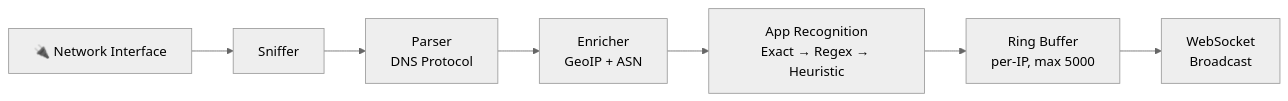
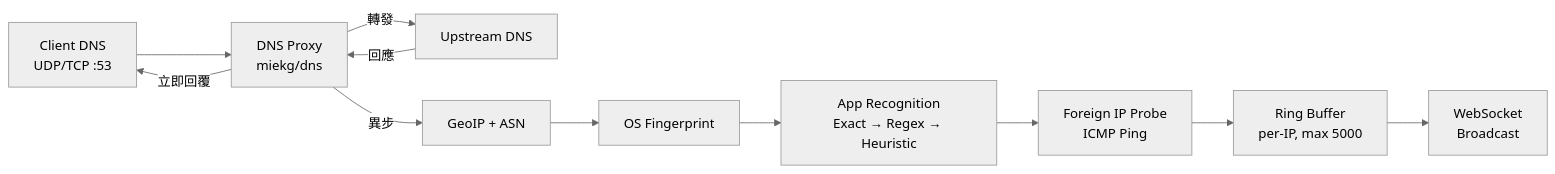
The second of 2 diagrams in doc/05_building_block_view.md (zeroflare/ocf-srrt), drawn with Mermaid (neutral theme) before and after one commit. The commit also changed other lines of this file and 46 other files, not shown here.

````diff
--- a/doc/05_building_block_view.md
+++ b/doc/05_building_block_view.md
@@ -40,10 +75,14 @@
 ```mermaid
 graph LR
-    NIC["🔌 Network Interface"]
-    NIC --> Sniffer
-    Sniffer --> Parser["Parser<br/>DNS Protocol"]
-    Parser --> Enricher["Enricher<br/>GeoIP + ASN"]
-    Enricher --> Recog["App Recognition<br/>Exact → Regex → Heuristic"]
-    Recog --> Buffer["Ring Buffer<br/>per-IP, max 5000"]
+    Client["Client DNS<br/>UDP/TCP :53"]
+    Client --> DNSProxy["DNS Proxy<br/>miekg/dns"]
+    DNSProxy -->|"轉發"| Upstream["Upstream DNS"]
+    Upstream -->|"回應"| DNSProxy
+    DNSProxy -->|"立即回覆"| Client
+    DNSProxy -->|"異步"| GeoIP["GeoIP + ASN"]
+    GeoIP --> OS["OS Fingerprint"]
+    OS --> Recog["App Recognition<br/>Exact → Regex → Heuristic"]
+    Recog --> Probe["Foreign IP Probe<br/>ICMP Ping"]
+    Probe --> Buffer["Ring Buffer<br/>per-IP, max 5000"]
     Buffer --> WS["WebSocket<br/>Broadcast"]
 ```
````
